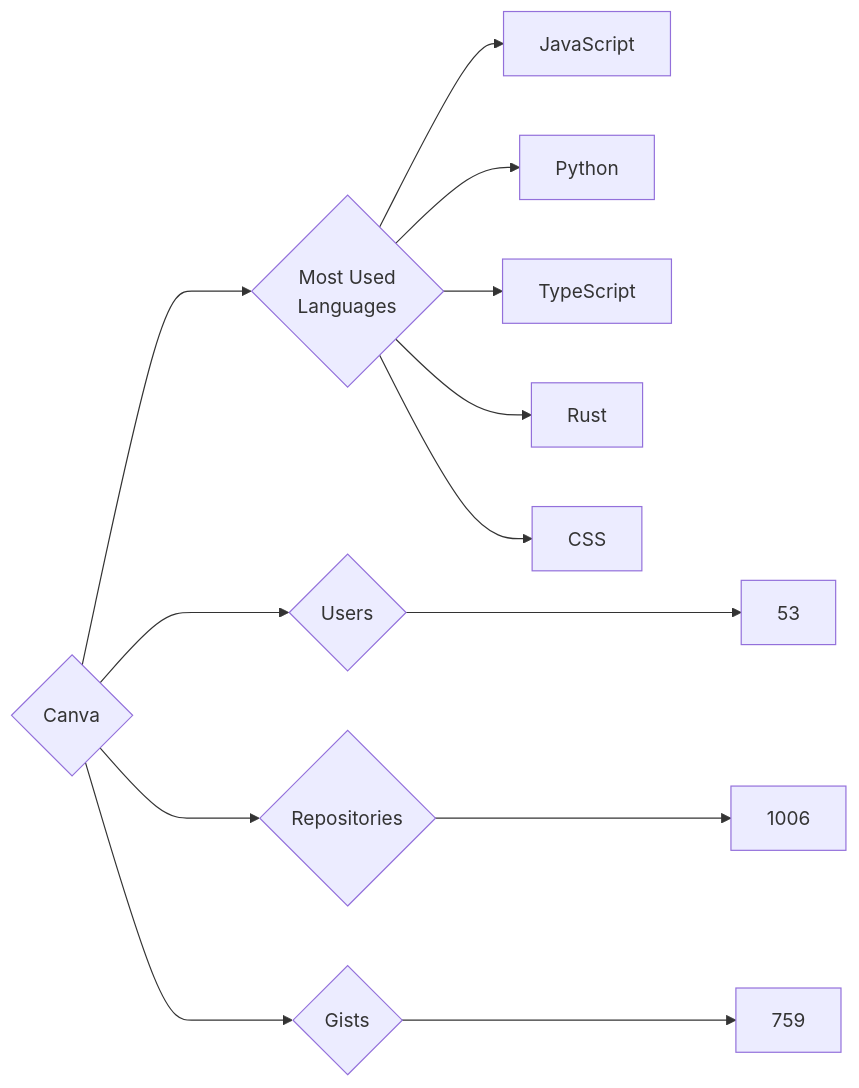
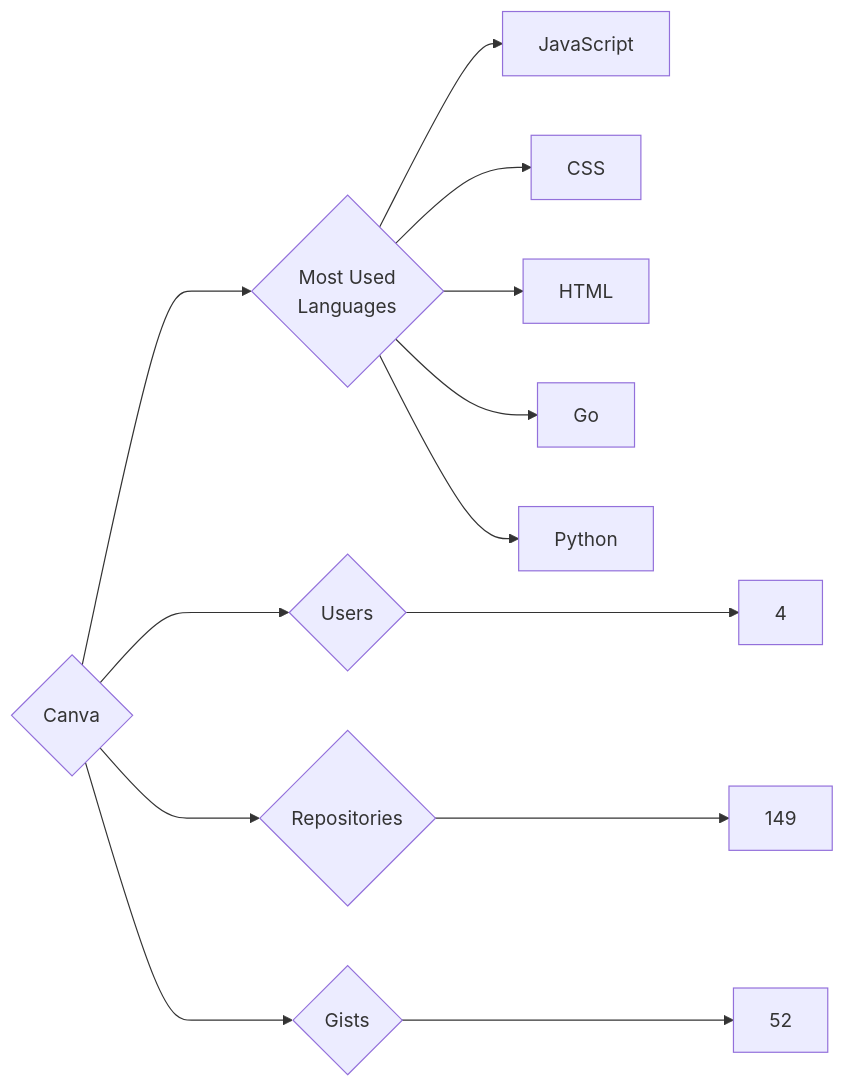
One commit to trickest/insiders changed the diagram in targets/Canva/README.md. Above: the diagram before and after it, drawn with Mermaid. The commit also changed 872 other files, not shown here.

````diff
--- a/targets/Canva/README.md
+++ b/targets/Canva/README.md
@@ -3,13 +3,13 @@
 ```mermaid
 graph LR
 COMPANY_NAME{Canva}
-COMPANY_NAME ---> U{Users} ---> UN[53]
-COMPANY_NAME ---> R{Repositories} ---> RN[1006]
-COMPANY_NAME ---> G{Gists} ---> GN[759]
+COMPANY_NAME ---> U{Users} ---> UN[4]
+COMPANY_NAME ---> R{Repositories} ---> RN[149]
+COMPANY_NAME ---> G{Gists} ---> GN[52]
 COMPANY_NAME ---> ML{Most Used<br>Languages}
 ML --> JavaScript[JavaScript]
+ML --> CSS[CSS]
+ML --> HTML[HTML]
+ML --> Go[Go]
 ML --> Python[Python]
-ML --> TypeScript[TypeScript]
-ML --> Rust[Rust]
-ML --> CSS[CSS]
 ```
````
